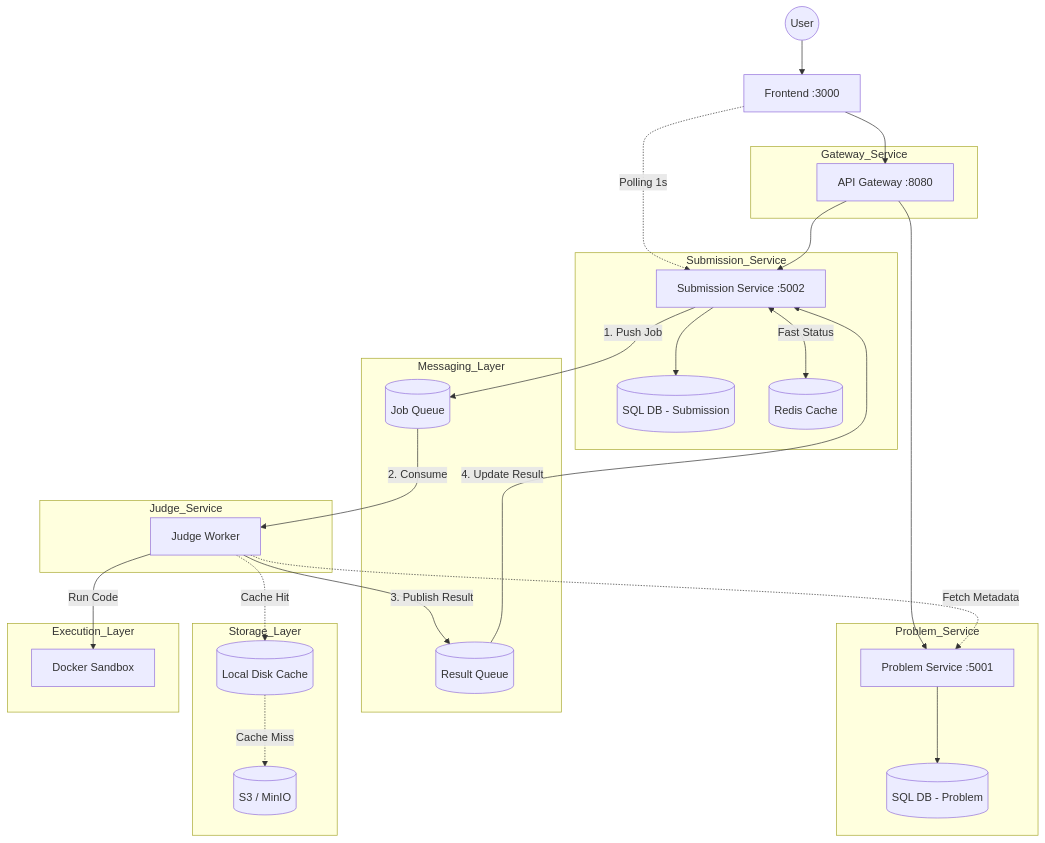
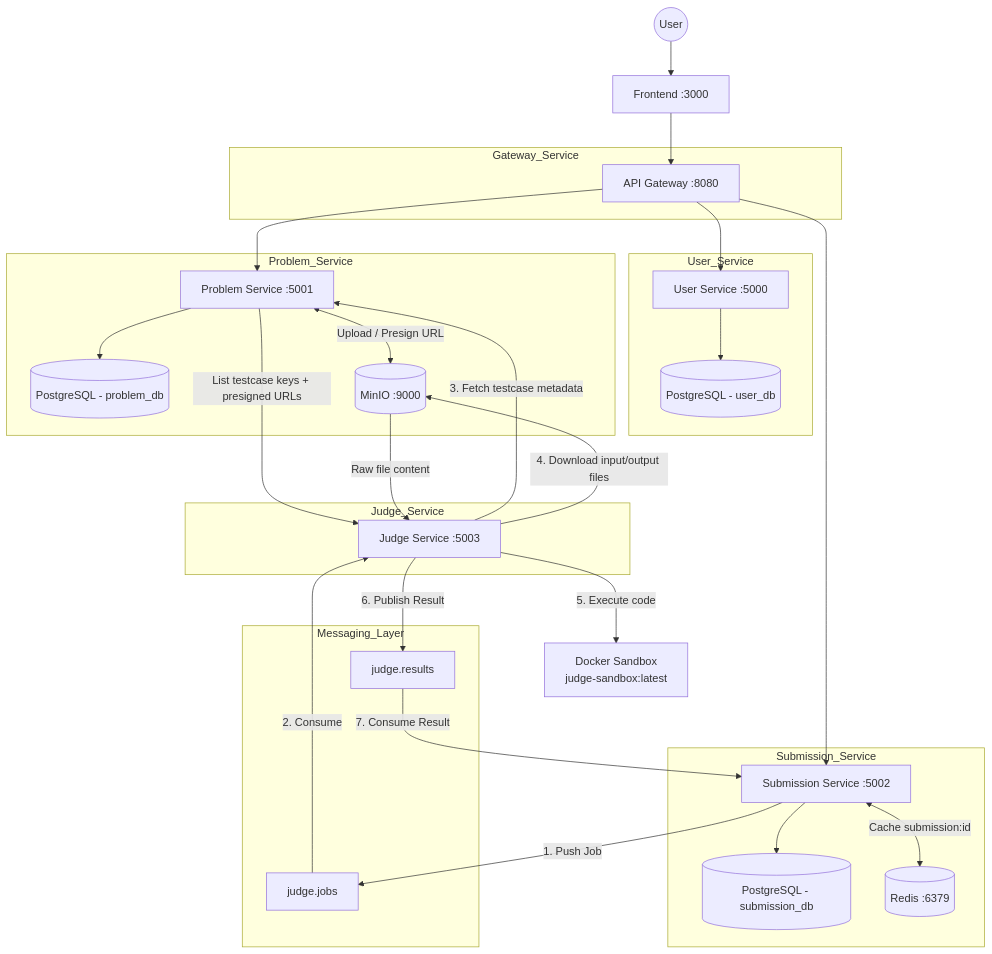
One commit to sson6926/Online-Judge-SOA changed the diagram in docs/architecture.md. Above: the diagram before and after it, drawn with Mermaid. The commit also changed other lines of this file and 1 other file, not shown here.

Commit message:
docs: udpdate  analysis, design, and architecture documentation files

````diff
--- a/docs/architecture.md
+++ b/docs/architecture.md
@@ -55,71 +60,56 @@
 ```mermaid
 graph TD
     User((User)) --> FE[Frontend :3000]
     FE --> GW[API Gateway :8080]
-        %% ================= POLLING =================
 
-        FE -.->|Polling 1s| SS
 
-    %% ================= GATEWAY =================
+
     subgraph Gateway_Service
         GW
     end
 
-    %% ================= SERVICES =================
-    
+    GW --> US
+    GW --> PS
+    GW --> SS
 
-        subgraph Submission_Service
-            SS[Submission Service :5002]
-            DB_SUB[(SQL DB - Submission)]
-            SS --> DB_SUB
-            SS <-->|Fast Status| RD[(Redis Cache)]
-        end
-
-        subgraph Problem_Service
-            PS[Problem Service :5001]
-            DB_PROB[(SQL DB - Problem)]
-            PS --> DB_PROB
-        end
-
-    
-
-    %% ================= MESSAGING =================
-    subgraph Messaging_Layer
-        MQ_JOBS[(Job Queue)]
-        MQ_RESULTS[(Result Queue)]
-
+    subgraph User_Service
+        US[User Service :5000]
+        DB_USER[(PostgreSQL - user_db)]
+        US --> DB_USER
     end
 
-    %% ================= GATEWAY ROUTING =================
-    GW --> SS
-    GW --> PS
-
-    %% ================= ASYNC FLOW =================
-    SS -->|1. Push Job| MQ_JOBS
-    MQ_JOBS -->|2. Consume| JS[Judge Worker]
-
-    JS -->|3. Publish Result| MQ_RESULTS
-    MQ_RESULTS -->|4. Update Result| SS
-
-    %% ================= JUDGE INTERNAL =================
-    subgraph Judge_Service
-        JS
+    subgraph Problem_Service
+        PS[Problem Service :5001]
+        DB_PROB[(PostgreSQL - problem_db)]
+        PS --> DB_PROB
+        PS <-->|Upload / Presign URL| S3[(MinIO :9000)]
     end
 
-    %% ================= STORAGE =================
-    subgraph Storage_Layer
-        CACHE[(Local Disk Cache)]
-        S3[(S3 / MinIO)]
+    subgraph Submission_Service
+        SS[Submission Service :5002]
+        DB_SUB[(PostgreSQL - submission_db)]
+        SS --> DB_SUB
+        SS <-->|Cache submission:id| RD[(Redis :6379)]
     end
 
-    %% ================= EXECUTION =================
-    subgraph Execution_Layer
-        SB[Docker Sandbox]
+    subgraph Messaging_Layer
+        MQ_JOBS[judge.jobs]
+        MQ_RESULTS[judge.results]
     end
 
-    %% ================= JUDGE DEPENDENCIES =================
-    JS -->|Run Code| SB
-    JS -.->|Cache Hit| CACHE
-    CACHE -.->|Cache Miss| S3
-    JS -.->|Fetch Metadata| PS
+    SS -->|1. Push Job| MQ_JOBS
+    MQ_JOBS -->|2. Consume| JS
+
+    subgraph Judge_Service
+        JS[Judge Service :5003]
+    end
+
+    JS -->|3. Fetch testcase metadata| PS
+    PS -->|List testcase keys + presigned URLs| JS
+    JS -->|4. Download input/output files| S3
+    S3 -->|Raw file content| JS
+    JS -->|5. Execute code| SB[Docker Sandbox\njudge-sandbox:latest]
+    JS -->|6. Publish Result| MQ_RESULTS
+    MQ_RESULTS -->|7. Consume Result| SS
+
 ```
````
